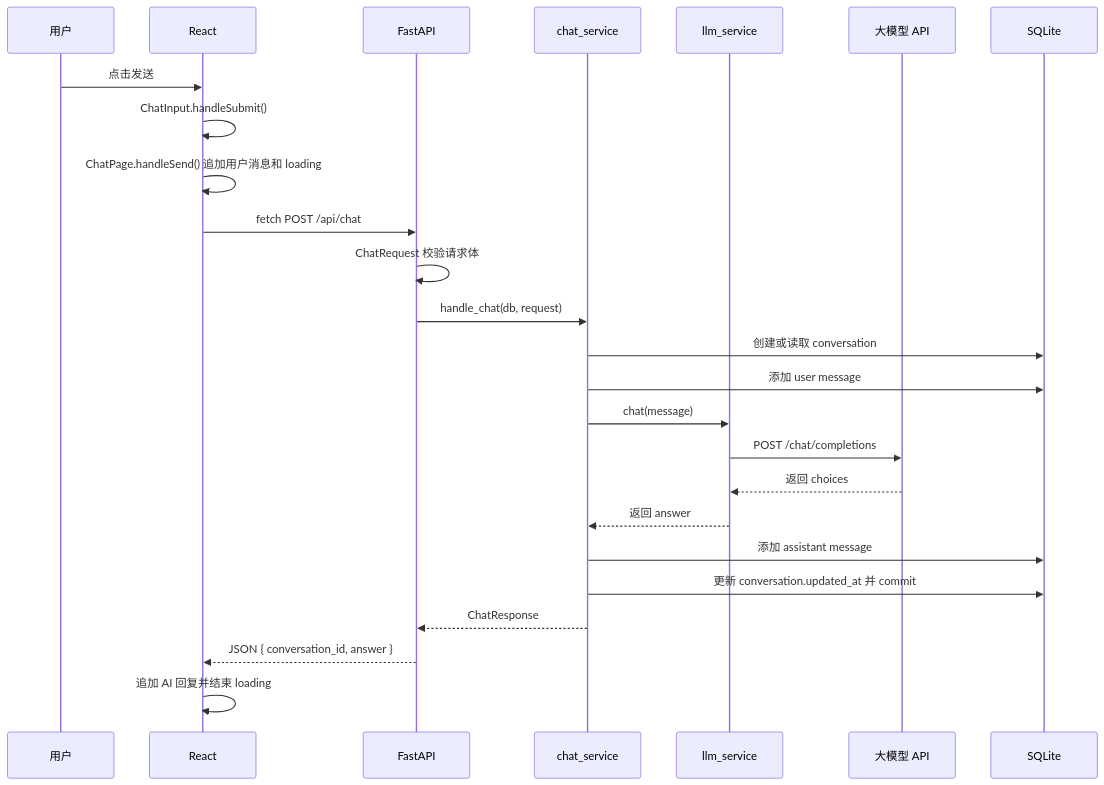
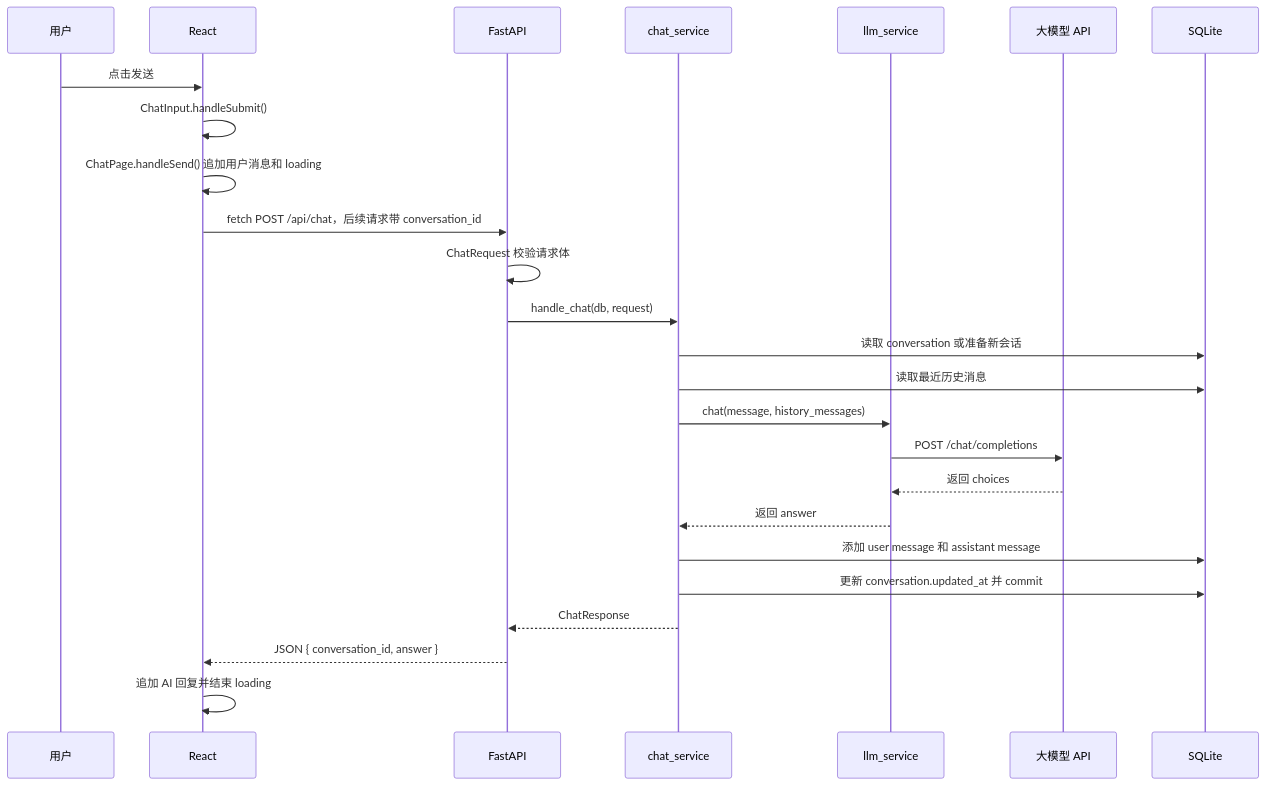
Before and after one commit to taoyuanjushi/ai-qa-assistant: the diagram in docs/chat_flow.md, drawn with Mermaid. The commit also changed other lines of this file and 21 other files, not shown here.

````diff
--- a/docs/chat_flow.md
+++ b/docs/chat_flow.md
@@ -45,28 +45,28 @@
 ```mermaid
 sequenceDiagram
     participant U as 用户
     participant R as React
     participant A as FastAPI
     participant C as chat_service
     participant L as llm_service
     participant M as 大模型 API
     participant D as SQLite
 
     U->>R: 点击发送
     R->>R: ChatInput.handleSubmit()
     R->>R: ChatPage.handleSend() 追加用户消息和 loading
-    R->>A: fetch POST /api/chat
+    R->>A: fetch POST /api/chat，后续请求带 conversation_id
     A->>A: ChatRequest 校验请求体
     A->>C: handle_chat(db, request)
-    C->>D: 创建或读取 conversation
-    C->>D: 添加 user message
-    C->>L: chat(message)
+    C->>D: 读取 conversation 或准备新会话
+    C->>D: 读取最近历史消息
+    C->>L: chat(message, history_messages)
     L->>M: POST /chat/completions
     M-->>L: 返回 choices
     L-->>C: 返回 answer
-    C->>D: 添加 assistant message
+    C->>D: 添加 user message 和 assistant message
     C->>D: 更新 conversation.updated_at 并 commit
     C-->>A: ChatResponse
     A-->>R: JSON { conversation_id, answer }
     R->>R: 追加 AI 回复并结束 loading
 ```
````
